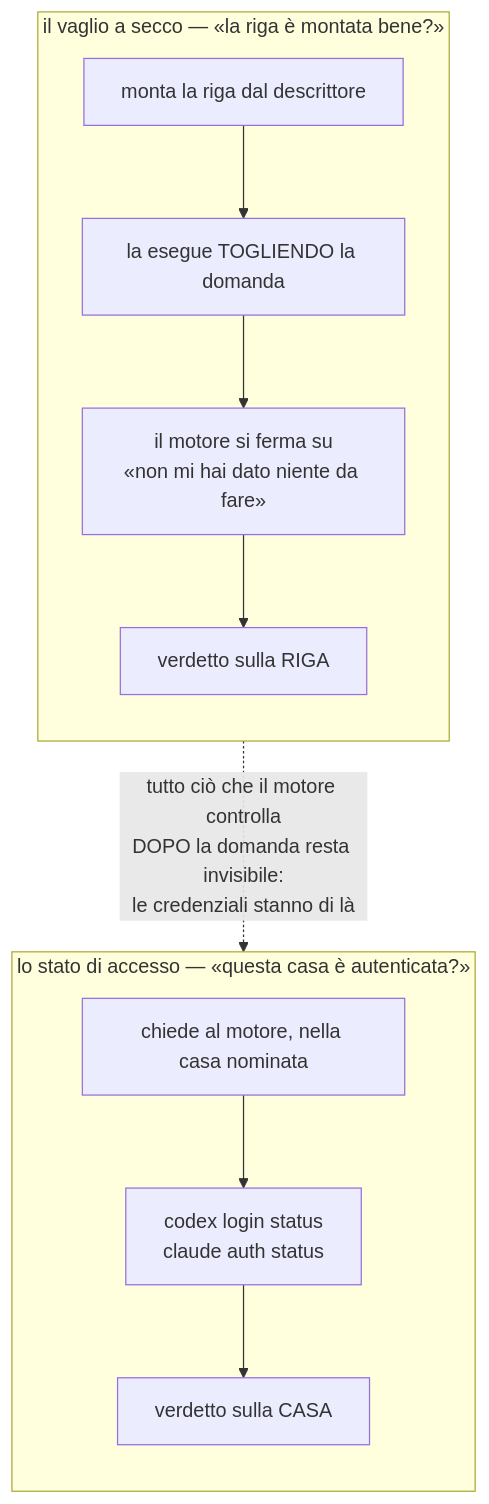
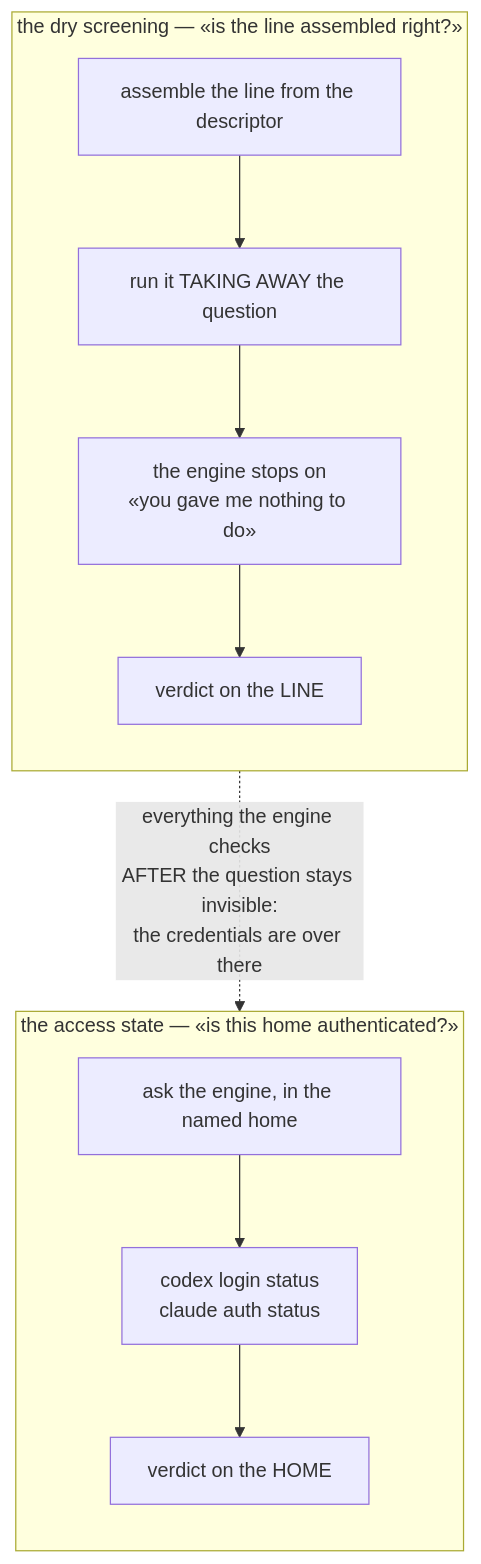
The fifth of 6 diagrams in docs/how-credentials-reach-the-engines.md (SIRTHEO/sailor), drawn with Mermaid before and after one commit. The commit also changed other lines of this file, not shown here.

First line of the commit message:
docs(credentials): how credentials reach the engines, readable by whoever runs them

````diff
--- a/docs/how-credentials-reach-the-engines.md
+++ b/docs/how-credentials-reach-the-engines.md
@@ -126,15 +127,15 @@
 ```mermaid
 flowchart TD
-    subgraph VAGLIO["il vaglio a secco — «la riga è montata bene?»"]
+    subgraph SCREENING["the dry screening — «is the line assembled right?»"]
         direction TB
-        V1["monta la riga dal descrittore"] --> V2["la esegue TOGLIENDO la domanda"]
-        V2 --> V3["il motore si ferma su<br/>«non mi hai dato niente da fare»"]
-        V3 --> V4["verdetto sulla RIGA"]
+        V1["assemble the line from the descriptor"] --> V2["run it TAKING AWAY the question"]
+        V2 --> V3["the engine stops on<br/>«you gave me nothing to do»"]
+        V3 --> V4["verdict on the LINE"]
     end
-    subgraph ACCESSO["lo stato di accesso — «questa casa è autenticata?»"]
+    subgraph ACCESS["the access state — «is this home authenticated?»"]
         direction TB
-        L1["chiede al motore, nella casa nominata"] --> L2["codex login status<br/>claude auth status"]
-        L2 --> L3["verdetto sulla CASA"]
+        L1["ask the engine, in the named home"] --> L2["codex login status<br/>claude auth status"]
+        L2 --> L3["verdict on the HOME"]
     end
-    V3 -.->|"tutto ciò che il motore controlla<br/>DOPO la domanda resta invisibile:<br/>le credenziali stanno di là"| ACCESSO
+    V3 -.->|"everything the engine checks<br/>AFTER the question stays invisible:<br/>the credentials are over there"| ACCESS
 ```
````
